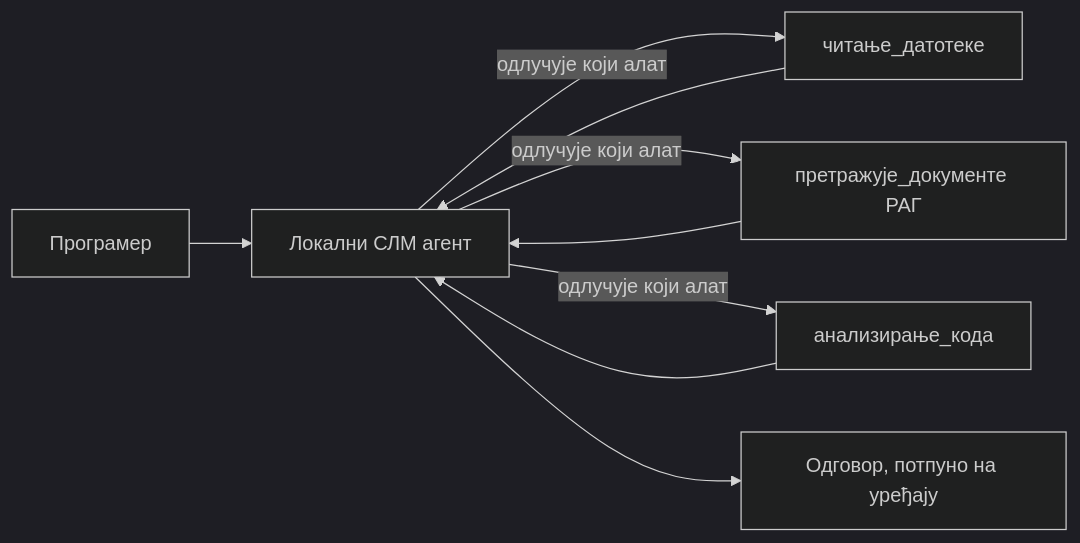
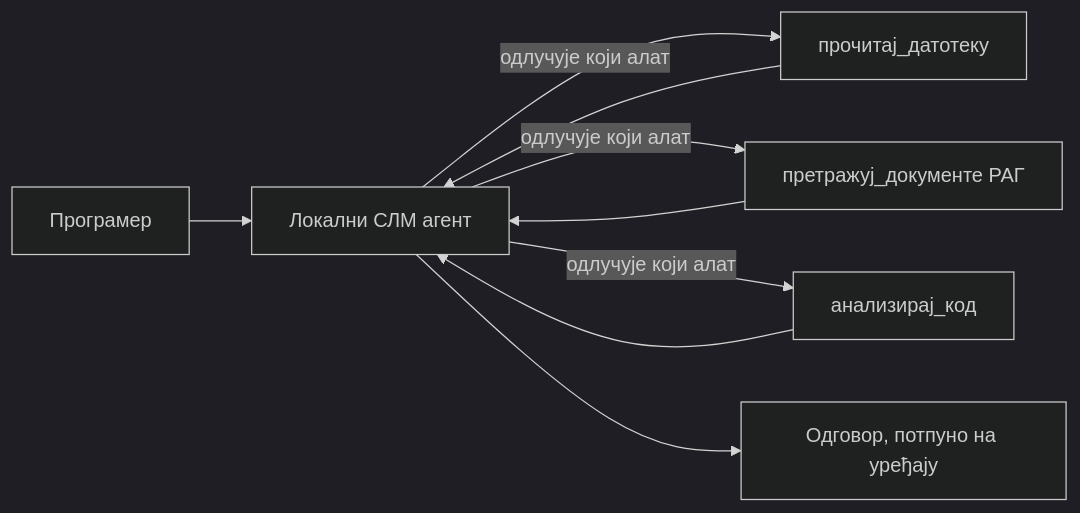
One commit to gabrielmoreira/agent-skills-mirror changed the first of 4 diagrams in mirrors/repos/microsoft@ai-agents-for-beginners/translations/sr/17-creating-local-ai-agents/README.md. Above: the diagram before and after it, drawn with Mermaid (dark theme). The commit also changed other lines of this file and 4262 other files, not shown here.

````diff
--- a/mirrors/repos/microsoft@ai-agents-for-beginners/translations/sr/17-creating-local-ai-agents/README.md
+++ b/mirrors/repos/microsoft@ai-agents-for-beginners/translations/sr/17-creating-local-ai-agents/README.md
@@ -66,11 +66,11 @@
 ```mermaid
 flowchart LR
     U[Програмер] --> A[Локални СЛМ агент]
-    A -->|одлучује који алат| T1[читање_датотеке]
-    A -->|одлучује који алат| T2[претражује_документе РАГ]
-    A -->|одлучује који алат| T3[анализирање_кода]
+    A -->|одлучује који алат| T1[прочитај_датотеку]
+    A -->|одлучује који алат| T2[претражуј_документе РАГ]
+    A -->|одлучује који алат| T3[анализирај_код]
     T1 --> A
     T2 --> A
     T3 --> A
     A --> R[Одговор, потпуно на уређају]
 ```
````
